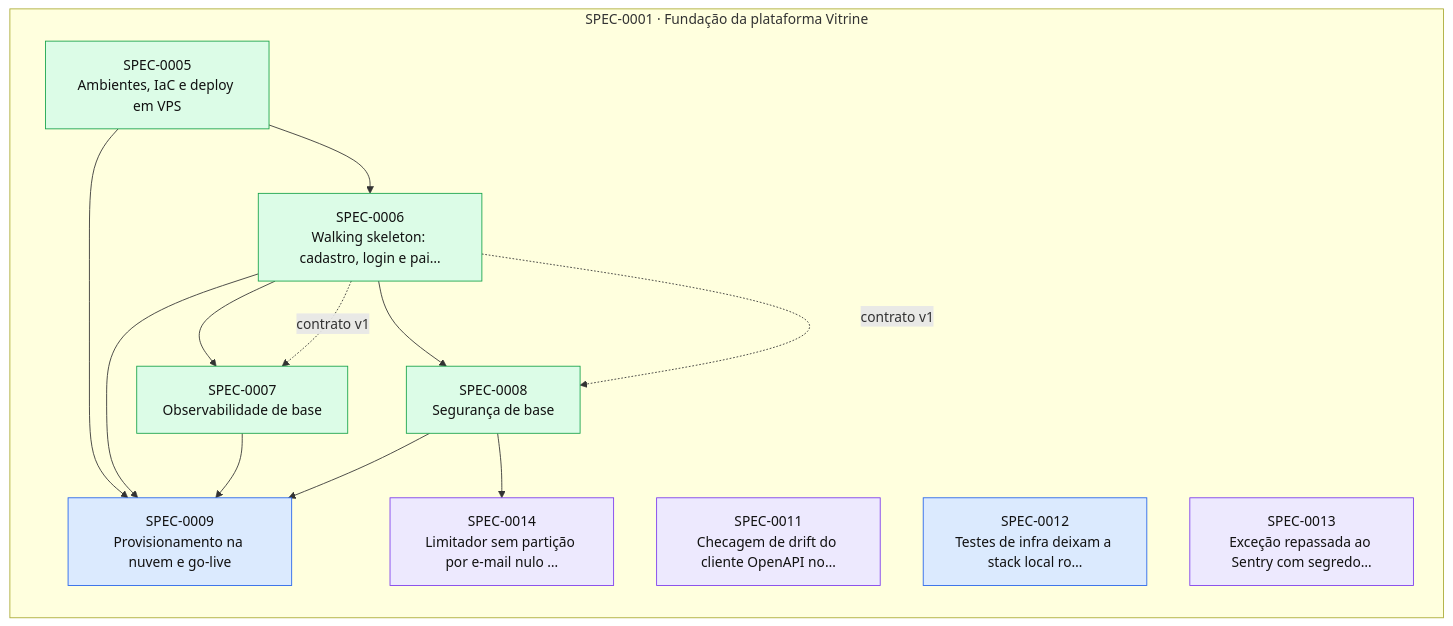
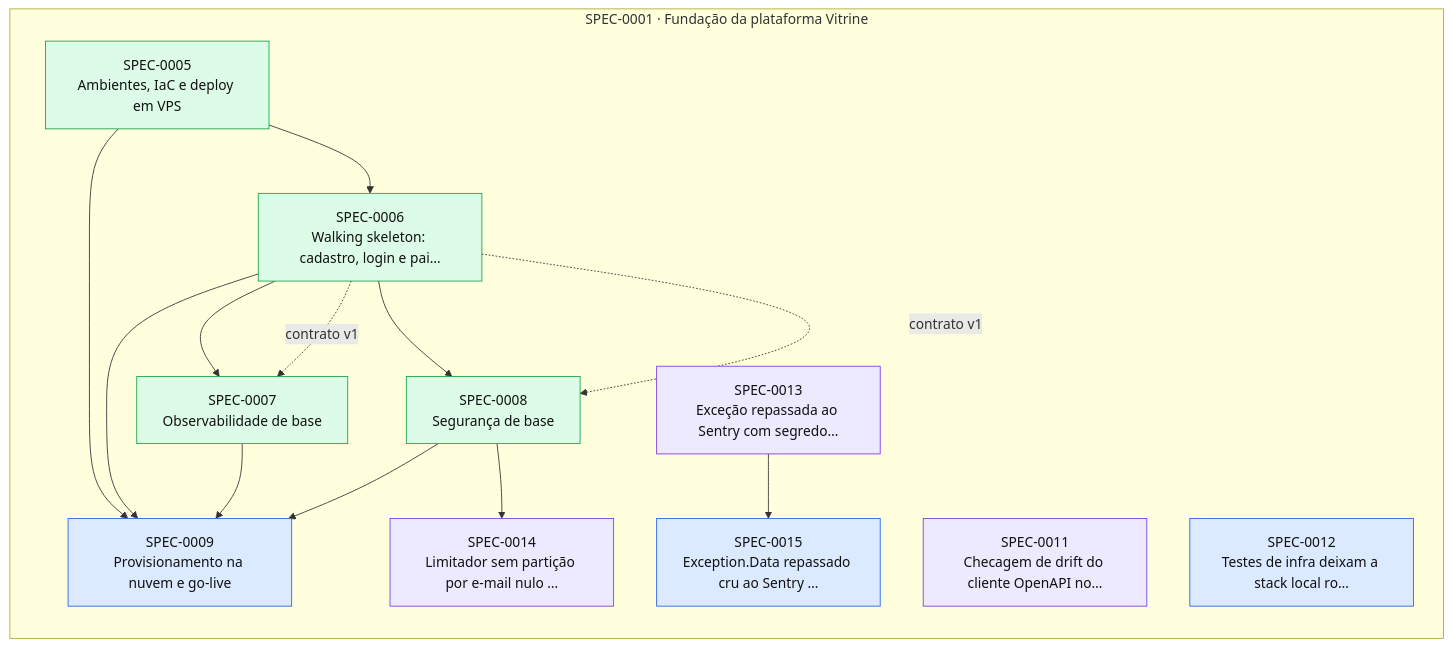
One commit to thomasravache/vitrine changed the diagram in docs/specs/INDEX.md. Above: the diagram before and after it, drawn with Mermaid. The commit also changed other lines of this file and 4 other files, not shown here.

````diff
--- a/docs/specs/INDEX.md
+++ b/docs/specs/INDEX.md
@@ -60,29 +67,31 @@
 ```mermaid
 flowchart LR
   subgraph E0001["SPEC-0001 · Fundação da plataforma Vitrine"]
     S0005["SPEC-0005<br/>Ambientes, IaC e deploy em VPS"]:::implemented
     S0006["SPEC-0006<br/>Walking skeleton: cadastro, login e pai…"]:::implemented
     S0007["SPEC-0007<br/>Observabilidade de base"]:::implemented
     S0008["SPEC-0008<br/>Segurança de base"]:::implemented
     S0009["SPEC-0009<br/>Provisionamento na nuvem e go-live"]:::approved
     S0011["SPEC-0011<br/>Checagem de drift do cliente OpenAPI no…"]:::inprogress
     S0012["SPEC-0012<br/>Testes de infra deixam a stack local ro…"]:::approved
     S0013["SPEC-0013<br/>Exceção repassada ao Sentry com segredo…"]:::inprogress
     S0014["SPEC-0014<br/>Limitador sem partição por e-mail nulo …"]:::inprogress
+    S0015["SPEC-0015<br/>Exception.Data repassado cru ao Sentry …"]:::approved
   end
   S0005 --> S0006
   S0006 --> S0007
   S0006 -. contrato v1 .-> S0007
   S0006 --> S0008
   S0006 -. contrato v1 .-> S0008
   S0005 --> S0009
   S0006 --> S0009
   S0007 --> S0009
   S0008 --> S0009
   S0008 --> S0014
+  S0013 --> S0015
   classDef proposed fill:#fef3c7,stroke:#d97706,color:#111
   classDef approved fill:#dbeafe,stroke:#2563eb,color:#111
   classDef inprogress fill:#ede9fe,stroke:#7c3aed,color:#111
   classDef implemented fill:#dcfce7,stroke:#16a34a,color:#111
   classDef deprecated fill:#f3f4f6,stroke:#9ca3af,color:#6b7280
 ```
````
